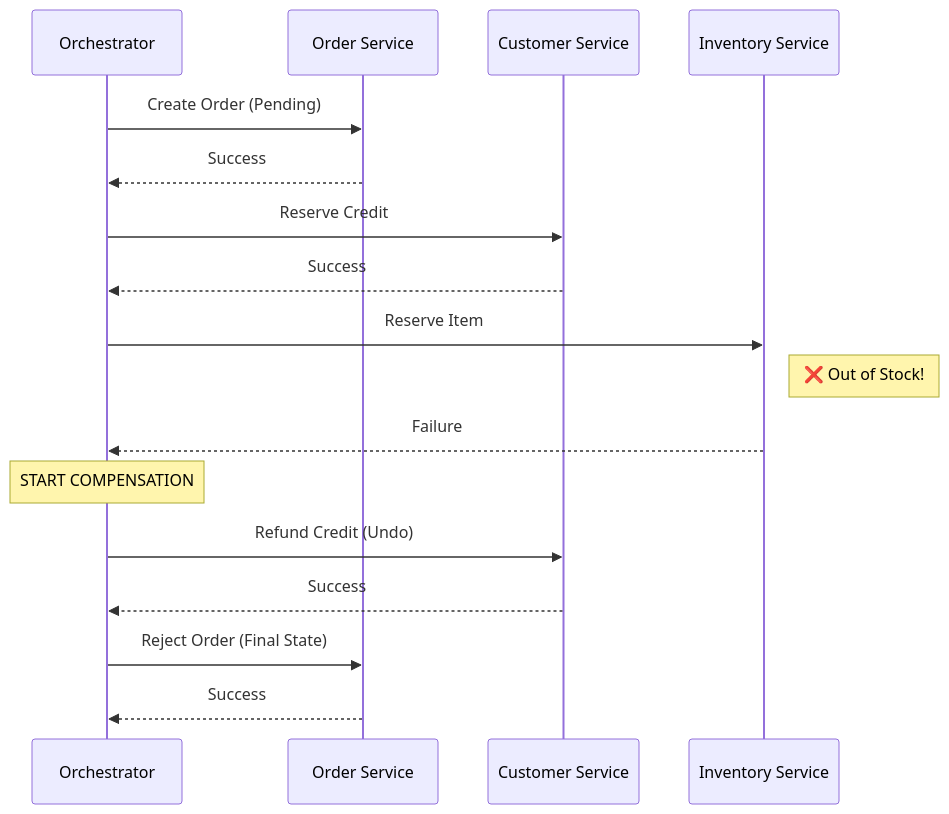
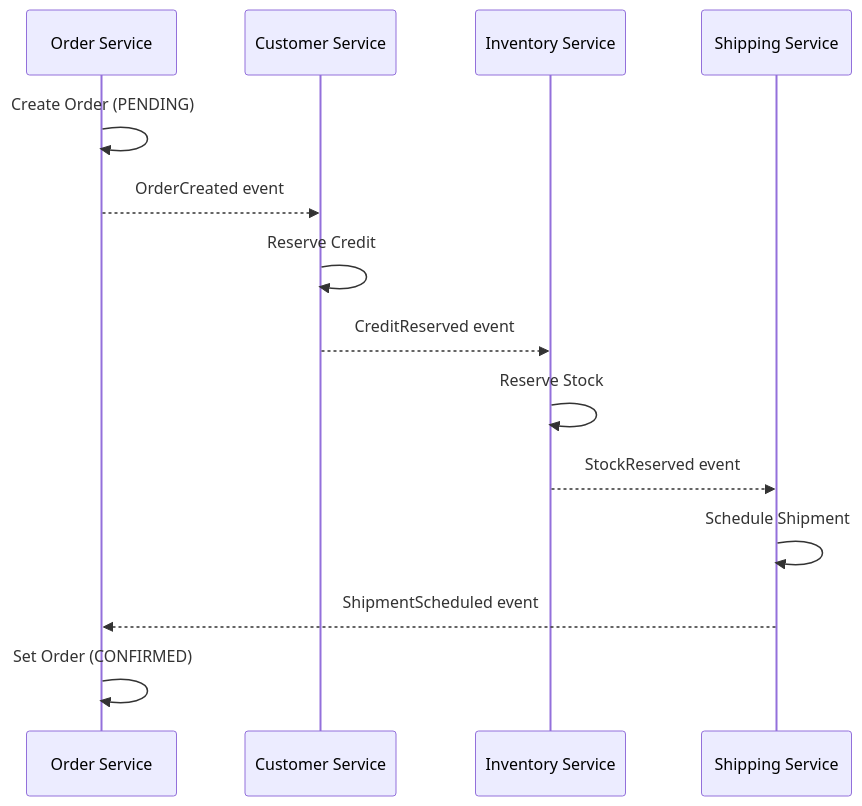
The first of 2 diagrams in distributive-backend/database/saga/saga-pattern-guide.md (pallabcodes/system-design), drawn with Mermaid before and after one commit. The commit also changed other lines of this file and 86 other files, not shown here.

````diff
--- a/distributive-backend/database/saga/saga-pattern-guide.md
+++ b/distributive-backend/database/saga/saga-pattern-guide.md
@@ -26,25 +36,21 @@
 ```mermaid
 sequenceDiagram
-    participant O as Orchestrator
     participant Order as Order Service
-    participant Cust as Customer Service
-    participant Inv as Inventory Service
+    participant Customer as Customer Service
+    participant Inventory as Inventory Service
+    participant Shipping as Shipping Service
 
-    O->>Order: Create Order (Pending)
-    Order-->>O: Success
+    Order->>Order: Create Order (PENDING)
+    Order-->>Customer: OrderCreated event
     
-    O->>Cust: Reserve Credit
-    Cust-->>O: Success
+    Customer->>Customer: Reserve Credit
+    Customer-->>Inventory: CreditReserved event
     
-    O->>Inv: Reserve Item
-    Note right of Inv: ❌ Out of Stock!
-    Inv-->>O: Failure
+    Inventory->>Inventory: Reserve Stock
+    Inventory-->>Shipping: StockReserved event
     
-    Note over O: START COMPENSATION
+    Shipping->>Shipping: Schedule Shipment
+    Shipping-->>Order: ShipmentScheduled event
     
-    O->>Cust: Refund Credit (Undo)
-    Cust-->>O: Success
-    
-    O->>Order: Reject Order (Final State)
-    Order-->>O: Success
+    Order->>Order: Set Order (CONFIRMED)
 ```
````
